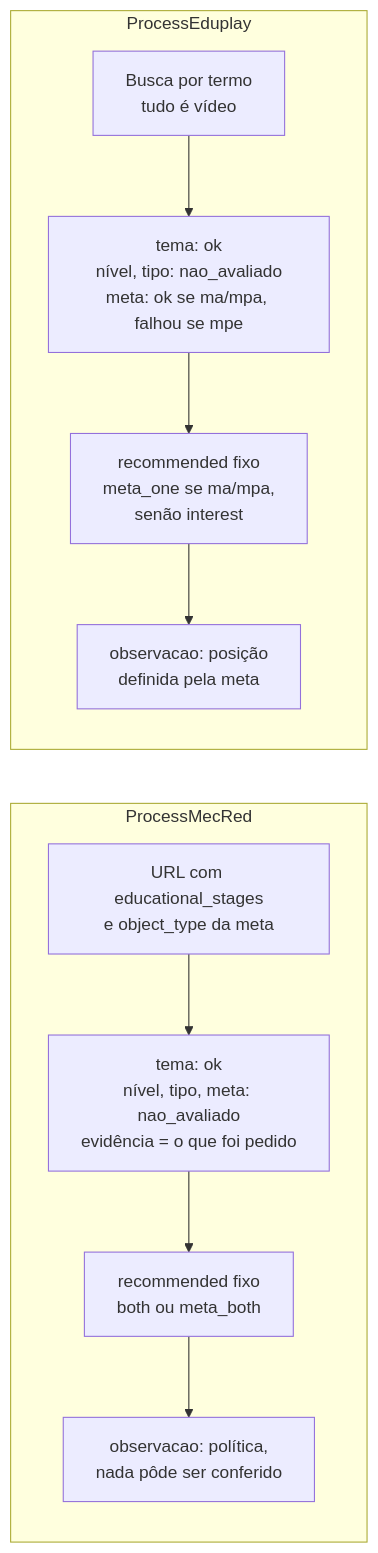
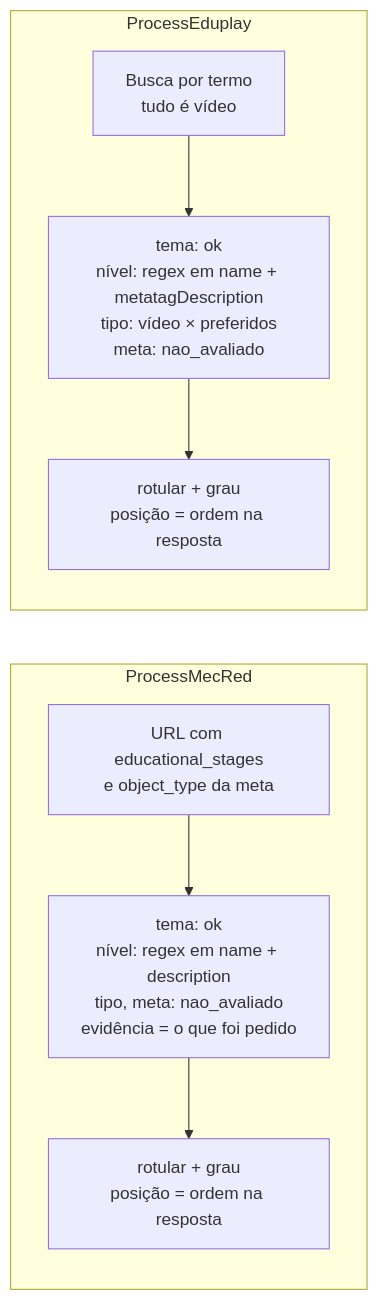
The seventh of 25 diagrams in docs/fluxos-transparencia.md (razimbrao/sis-read), drawn with Mermaid before and after one commit. The commit also changed other lines of this file and 23 other files, not shown here.

First line of the commit message:
Ordena a lista pelo grau de recomendação, sem prioridade por repositório

````diff
--- a/docs/fluxos-transparencia.md
+++ b/docs/fluxos-transparencia.md
@@ -277,13 +281,11 @@
 ```mermaid
 flowchart LR
     subgraph MEC["ProcessMecRed"]
-        M1["URL com educational_stages<br/>e object_type da meta"] --> M2["tema: ok<br/>nível, tipo, meta: nao_avaliado<br/>evidência = o que foi pedido"]
-        M2 --> M3["recommended fixo<br/>both ou meta_both"]
-        M3 --> M4["observacao: política,<br/>nada pôde ser conferido"]
+        M1["URL com educational_stages<br/>e object_type da meta"] --> M2["tema: ok<br/>nível: regex em name + description<br/>tipo, meta: nao_avaliado<br/>evidência = o que foi pedido"]
+        M2 --> M3["rotular + grau<br/>posição = ordem na resposta"]
     end
     subgraph EDU["ProcessEduplay"]
-        E1["Busca por termo<br/>tudo é vídeo"] --> E2["tema: ok<br/>nível, tipo: nao_avaliado<br/>meta: ok se ma/mpa, falhou se mpe"]
-        E2 --> E3["recommended fixo<br/>meta_one se ma/mpa,<br/>senão interest"]
-        E3 --> E4["observacao: posição<br/>definida pela meta"]
+        E1["Busca por termo<br/>tudo é vídeo"] --> E2["tema: ok<br/>nível: regex em name + metatagDescription<br/>tipo: vídeo × preferidos<br/>meta: nao_avaliado"]
+        E2 --> E3["rotular + grau<br/>posição = ordem na resposta"]
     end
 ```
````
